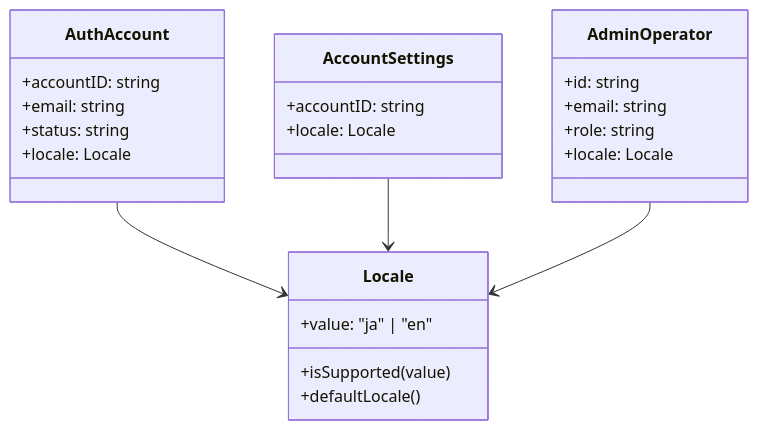
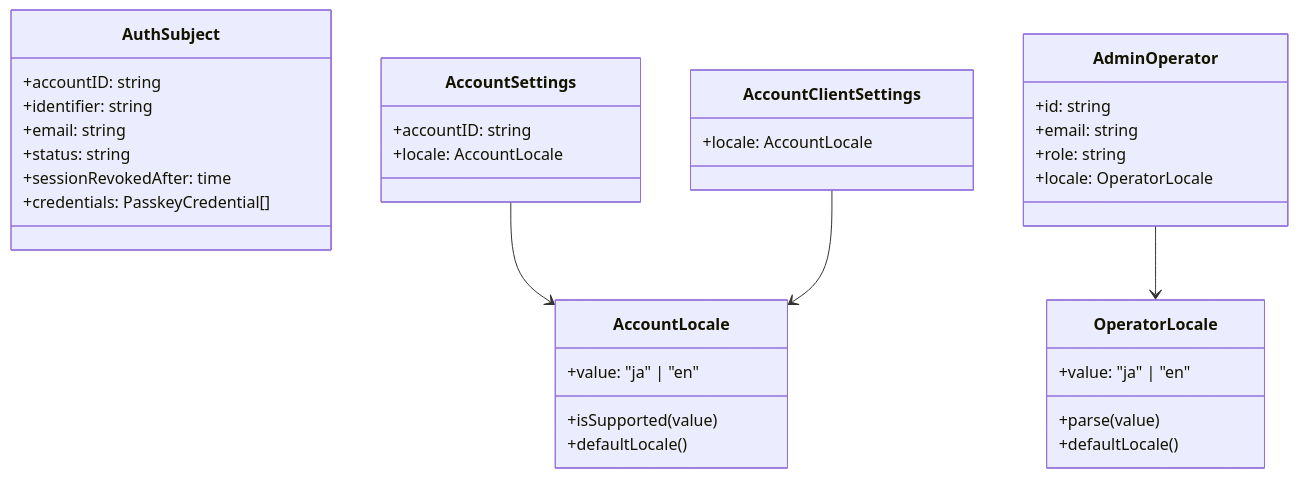
The fourth of 6 diagrams in openspec/changes/add-default-i18n/design.md (witwire-net/www-template), drawn with Mermaid before and after one commit. The commit also changed other lines of this file and 9 other files, not shown here.

````diff
--- a/openspec/changes/add-default-i18n/design.md
+++ b/openspec/changes/add-default-i18n/design.md
@@ -287,27 +346,37 @@
 ```mermaid
 classDiagram
-  class Locale {
+  class AccountLocale {
     +value: "ja" | "en"
     +isSupported(value)
     +defaultLocale()
   }
-  class AuthAccount {
+  class OperatorLocale {
+    +value: "ja" | "en"
+    +parse(value)
+    +defaultLocale()
+  }
+  class AuthSubject {
     +accountID: string
+    +identifier: string
     +email: string
     +status: string
-    +locale: Locale
+    +sessionRevokedAfter: time
+    +credentials: PasskeyCredential[]
   }
   class AccountSettings {
     +accountID: string
-    +locale: Locale
+    +locale: AccountLocale
+  }
+  class AccountClientSettings {
+    +locale: AccountLocale
   }
   class AdminOperator {
     +id: string
     +email: string
     +role: string
-    +locale: Locale
+    +locale: OperatorLocale
   }
-  AuthAccount --> Locale
-  AccountSettings --> Locale
-  AdminOperator --> Locale
+  AccountSettings --> AccountLocale
+  AccountClientSettings --> AccountLocale
+  AdminOperator --> OperatorLocale
 ```
````
